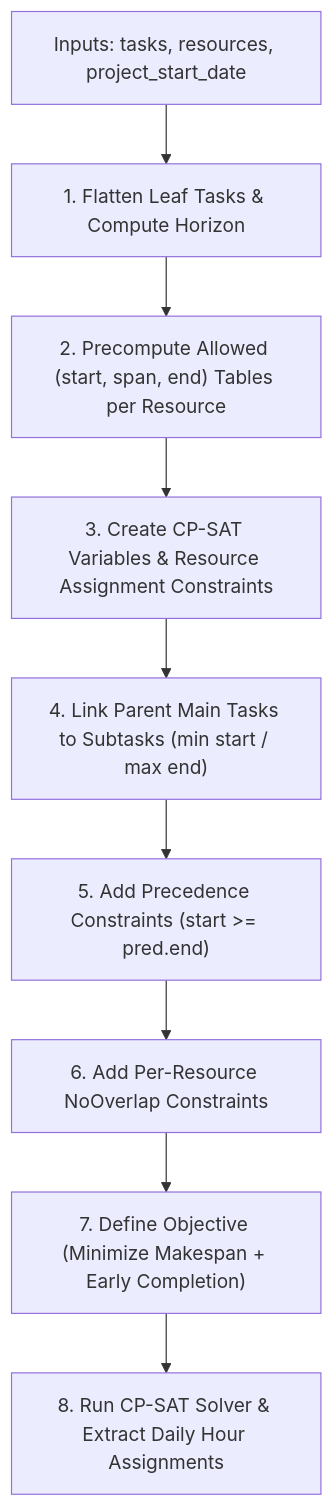
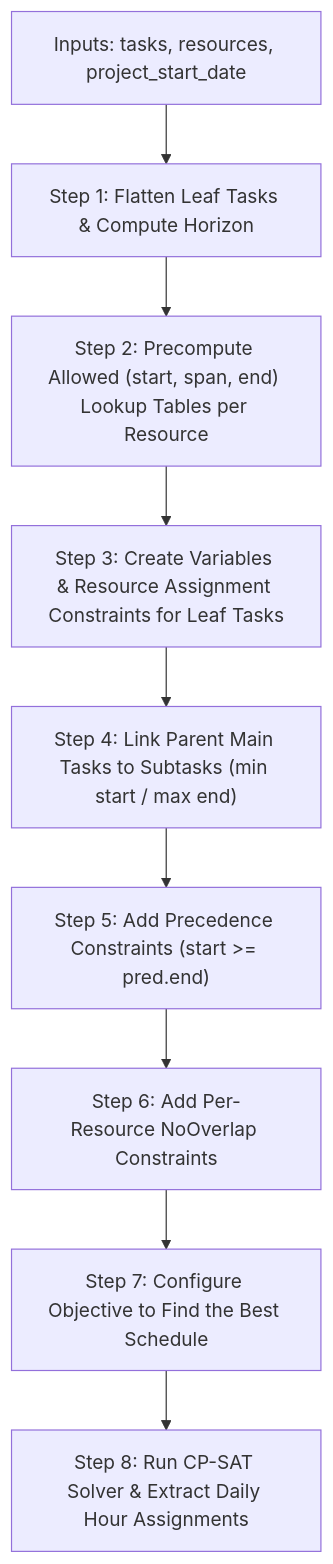
One commit to ernstvorsteveld/py-cp-sat-simple-planning changed the first of 2 diagrams in SOLVE_SCHEDULE.md. Above: the diagram before and after it, drawn with Mermaid. The commit also changed other lines of this file, not shown here.

````diff
--- a/SOLVE_SCHEDULE.md
+++ b/SOLVE_SCHEDULE.md
@@ -9,11 +45,11 @@
 ```mermaid
 flowchart TD
-    A["Inputs: tasks, resources, project_start_date"] --> B["1. Flatten Leaf Tasks & Compute Horizon"]
-    B --> C["2. Precompute Allowed (start, span, end) Tables per Resource"]
-    C --> D["3. Create CP-SAT Variables & Resource Assignment Constraints"]
-    D --> E["4. Link Parent Main Tasks to Subtasks (min start / max end)"]
-    E --> F["5. Add Precedence Constraints (start >= pred.end)"]
-    F --> G["6. Add Per-Resource NoOverlap Constraints"]
-    G --> H["7. Define Objective (Minimize Makespan + Early Completion)"]
-    H --> I["8. Run CP-SAT Solver & Extract Daily Hour Assignments"]
+    A["Inputs: tasks, resources, project_start_date"] --> B["Step 1: Flatten Leaf Tasks & Compute Horizon"]
+    B --> C["Step 2: Precompute Allowed (start, span, end) Lookup Tables per Resource"]
+    C --> D["Step 3: Create Variables & Resource Assignment Constraints for Leaf Tasks"]
+    D --> E["Step 4: Link Parent Main Tasks to Subtasks (min start / max end)"]
+    E --> F["Step 5: Add Precedence Constraints (start >= pred.end)"]
+    F --> G["Step 6: Add Per-Resource NoOverlap Constraints"]
+    G --> H["Step 7: Configure Objective to Find the Best Schedule"]
+    H --> I["Step 8: Run CP-SAT Solver & Extract Daily Hour Assignments"]
 ```
````
